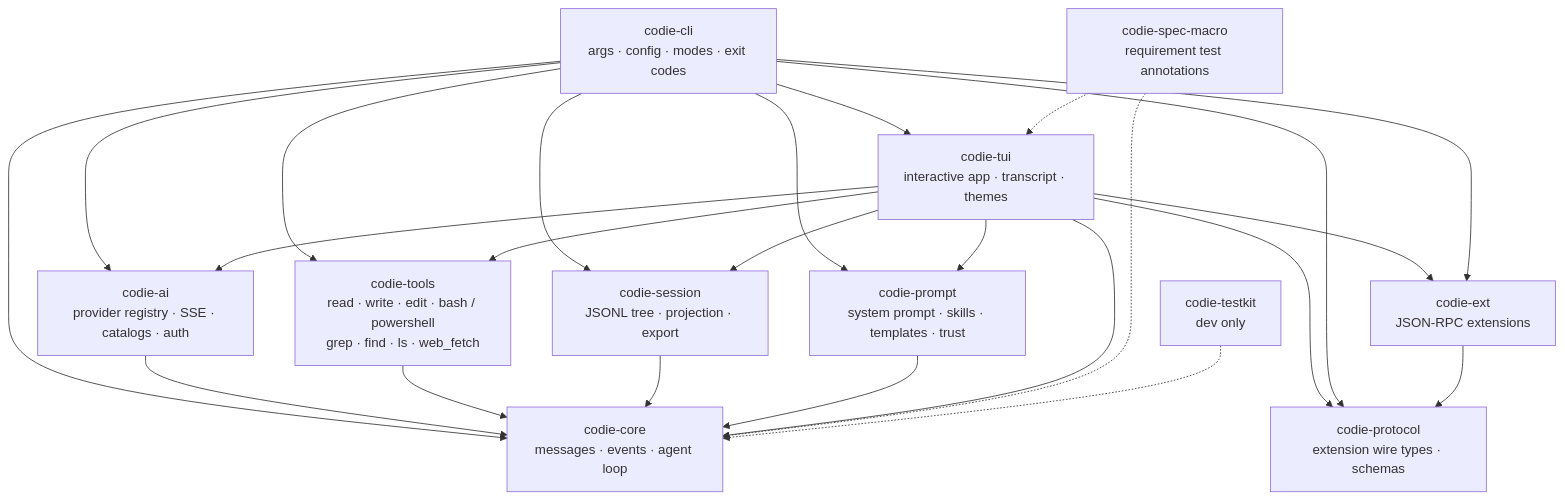
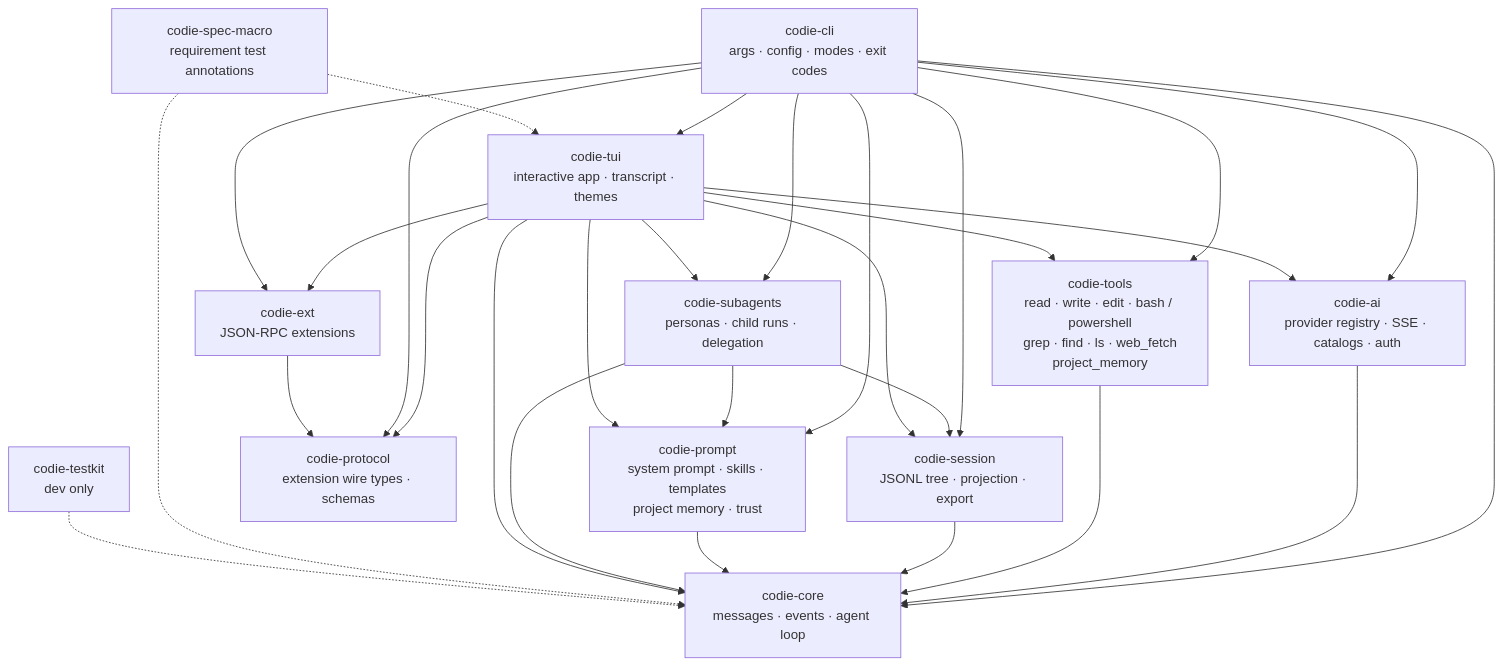
Before and after one commit to amardeepio/codie: the second of 2 diagrams in README.md, drawn with Mermaid. The commit also changed other lines of this file and 13 other files, not shown here.

````diff
--- a/README.md
+++ b/README.md
@@ -76,41 +78,47 @@
 ```mermaid
 flowchart TD
     CLI["codie-cli<br/>args · config · modes · exit codes"]
 
     CORE["codie-core<br/>messages · events · agent loop"]
     AI["codie-ai<br/>provider registry · SSE · catalogs · auth"]
-    TOOLS["codie-tools<br/>read · write · edit · bash / powershell<br/>grep · find · ls · web_fetch"]
+    TOOLS["codie-tools<br/>read · write · edit · bash / powershell<br/>grep · find · ls · web_fetch<br/>project_memory"]
     SESSION["codie-session<br/>JSONL tree · projection · export"]
-    PROMPT["codie-prompt<br/>system prompt · skills · templates · trust"]
+    PROMPT["codie-prompt<br/>system prompt · skills · templates<br/>project memory · trust"]
+    SUB["codie-subagents<br/>personas · child runs · delegation"]
     EXT["codie-ext<br/>JSON-RPC extensions"]
 
     TUI["codie-tui<br/>interactive app · transcript · themes"]
     PROTO["codie-protocol<br/>extension wire types · schemas"]
     TUI --> EXT
     TUI --> PROTO
 
     CLI --> CORE
     CLI --> AI
     CLI --> TOOLS
     CLI --> SESSION
     CLI --> PROMPT
+    CLI --> SUB
     CLI --> EXT
     CLI --> PROTO
     CLI --> TUI
 
     AI --> CORE
     TOOLS --> CORE
     SESSION --> CORE
     PROMPT --> CORE
+    SUB --> CORE
+    SUB --> PROMPT
+    SUB --> SESSION
     EXT --> PROTO
 
     TUI --> CORE
     TUI --> AI
     TUI --> TOOLS
     TUI --> SESSION
     TUI --> PROMPT
+    TUI --> SUB
 
     SPEC["codie-spec-macro<br/>requirement test annotations"] -.-> CORE
     SPEC -.-> TUI
     TESTKIT["codie-testkit<br/>dev only"] -.-> CORE
 ```
````
